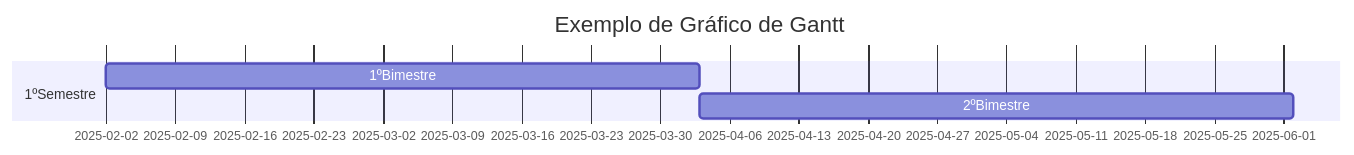
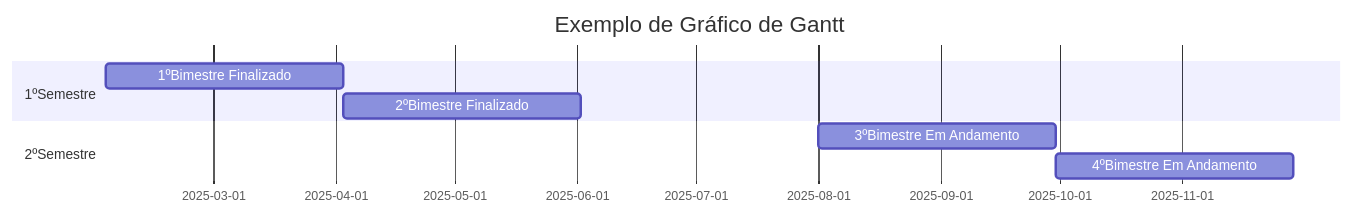
The third of 3 diagrams in README.md (catypr/Grafico-Gannt), drawn with Mermaid before and after one commit.

````diff
--- a/README.md
+++ b/README.md
@@ -19,9 +19,11 @@
 ```mermaid
 gantt
 title Exemplo de Gráfico de Gantt
 dateFormat YYYY-MM-DD
 section 1ºSemestre
-1ºBimestre :a1, 2025-02-02, 60d
-2ºBimestre :a2, after a1, 60d
+1ºBimestre Finalizado:a1, 2025-02-02, 60d
+2ºBimestre Finalizado:a2, after a1, 60d
 section 2ºSemestre
+3ºBimestre Em Andamento: a3, 2025-08-01, 60d
+4ºBimestre Em Andamento:a4, after a3, 60d
 ```
````
